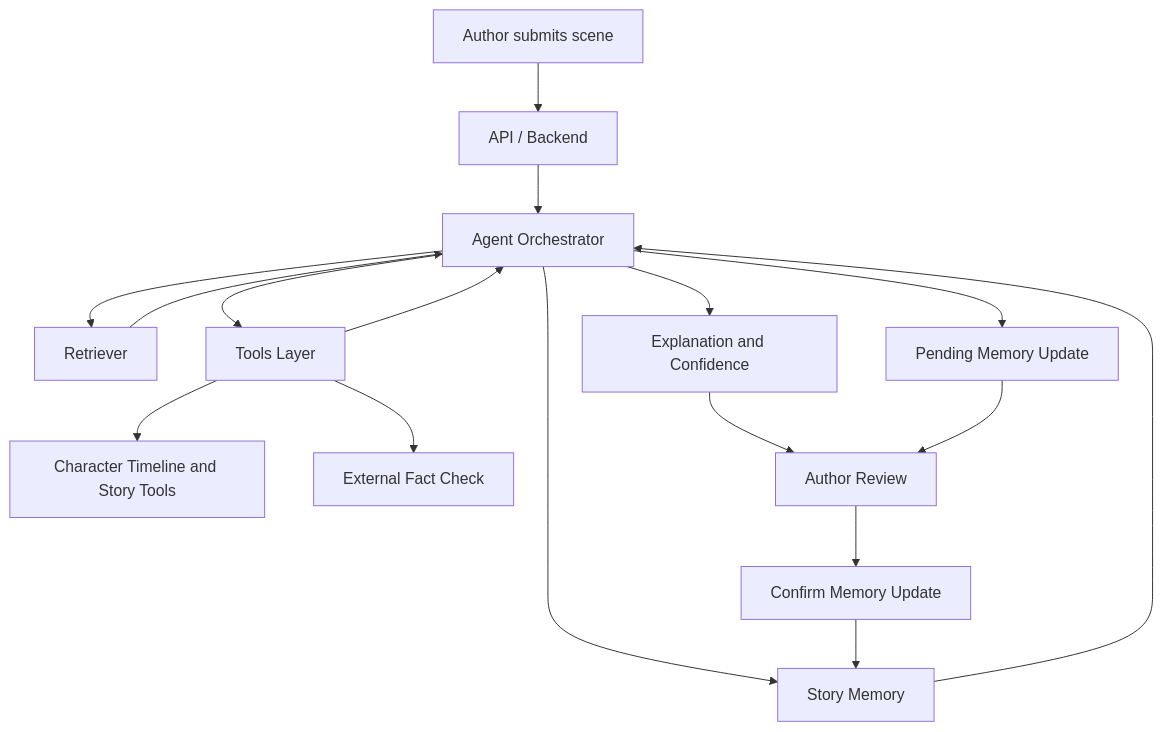
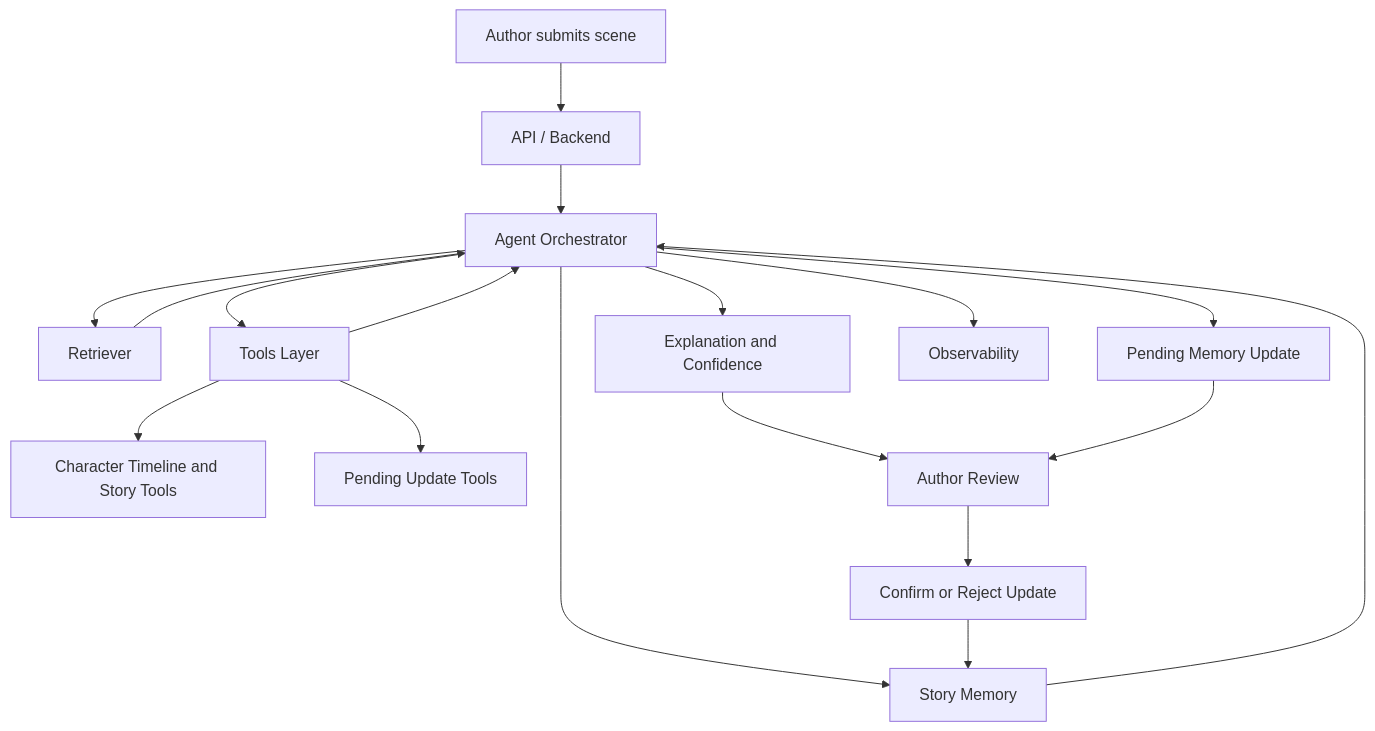
Before and after one commit to jenova13q/agentic_track: the diagram in README.md, drawn with Mermaid. The commit also changed other lines of this file and 5 other files, not shown here.

````diff
--- a/README.md
+++ b/README.md
@@ -53,24 +76,26 @@
 ```mermaid
 flowchart TD
     A[Author submits scene] --> B[API / Backend]
     B --> C[Agent Orchestrator]
 
     C --> D[Retriever]
     C --> E[Story Memory]
     C --> F[Tools Layer]
 
     D --> C
     E --> C
     F --> C
 
     F --> F1[Character Timeline and Story Tools]
-    F --> F2[External Fact Check]
+    F --> F2[Pending Update Tools]
 
     C --> G[Explanation and Confidence]
     C --> H[Pending Memory Update]
 
     G --> I[Author Review]
     H --> I
-    I --> J[Confirm Memory Update]
+    I --> J[Confirm or Reject Update]
     J --> E
+
+    C --> K[Observability]
 ```
````
